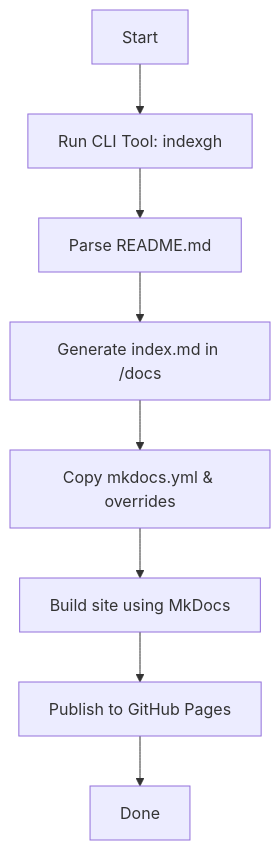
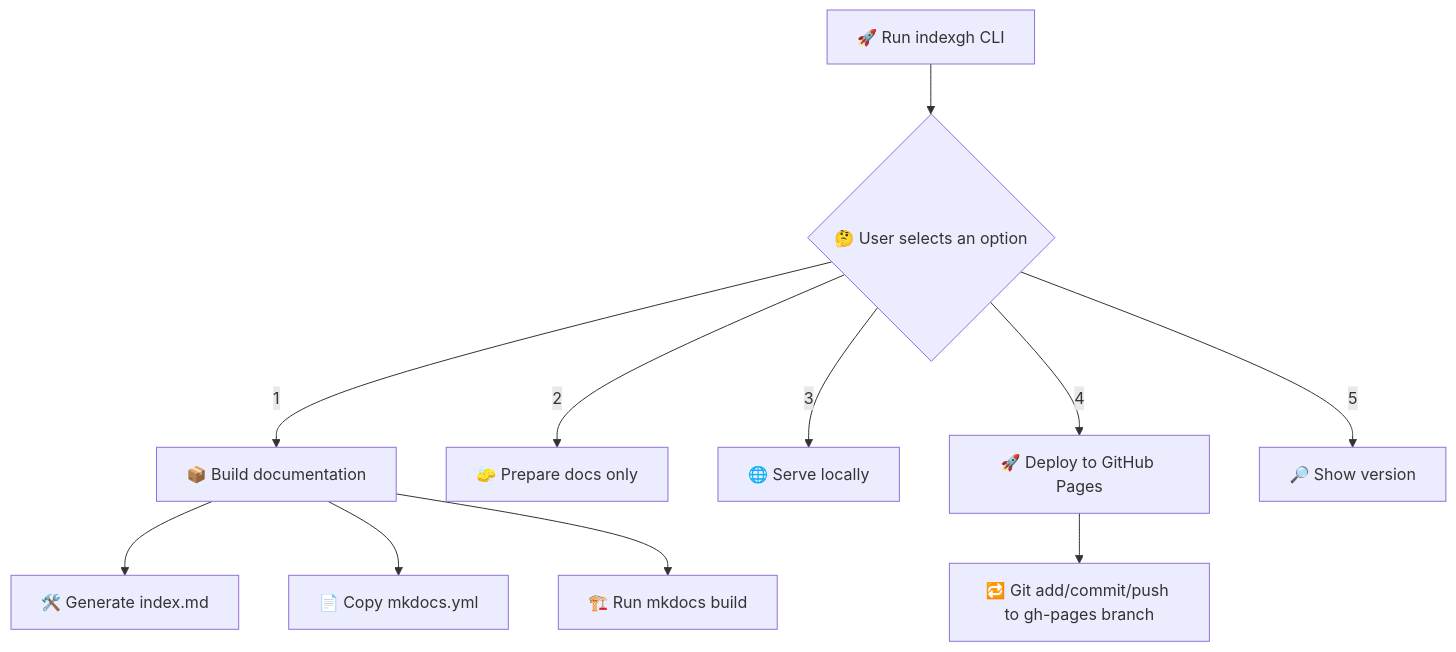
One commit to TamerOnLine/index-gh-pages changed the diagram in ARCHITECTURE.md. Above: the diagram before and after it, drawn with Mermaid. The commit also changed other lines of this file, not shown here.

````diff
--- a/ARCHITECTURE.md
+++ b/ARCHITECTURE.md
@@ -11,10 +13,13 @@
 ```mermaid
-graph TD
-    A[Start] --> B[Run CLI Tool: indexgh]
-    B --> C[Parse README.md]
-    C --> D[Generate index.md in /docs]
-    D --> E[Copy mkdocs.yml & overrides]
-    E --> F[Build site using MkDocs]
-    F --> G[Publish to GitHub Pages]
-    G --> H[Done]
+flowchart TD
+    A[🚀 Run indexgh CLI] --> B{🤔 User selects an option}
+    B -->|1| C[📦 Build documentation]
+    B -->|2| D[🧽 Prepare docs only]
+    B -->|3| E[🌐 Serve locally]
+    B -->|4| F[🚀 Deploy to GitHub Pages]
+    B -->|5| G[🔎 Show version]
+    C --> H[🛠️ Generate index.md]
+    C --> I[📄 Copy mkdocs.yml]
+    C --> J[🏗️ Run mkdocs build]
+    F --> K[🔁 Git add/commit/push to gh-pages branch]
 ```
````
